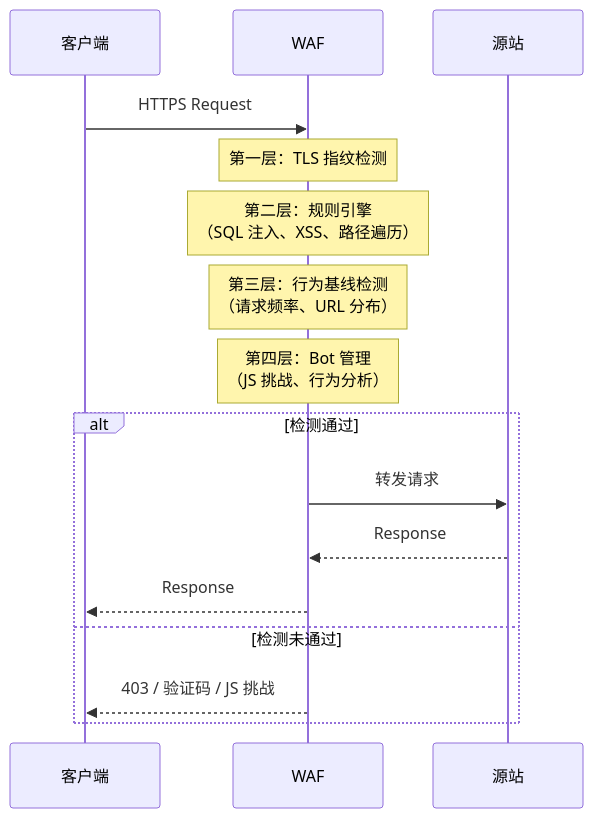
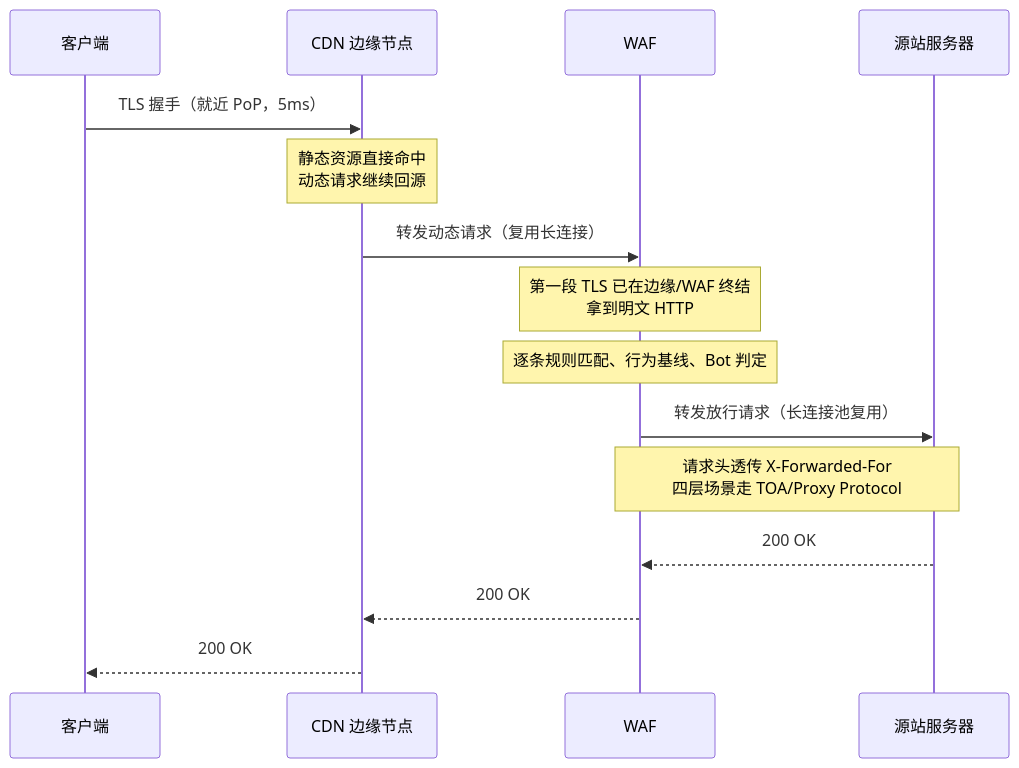
The second of 4 diagrams in docs/27.伪装成正常请求的攻击WAF与应用层防护.md (caozhiyi/network-book), drawn with Mermaid before and after one commit. The commit also changed other lines of this file and 36 other files, not shown here.

````diff
--- a/docs/27.伪装成正常请求的攻击WAF与应用层防护.md
+++ b/docs/27.伪装成正常请求的攻击WAF与应用层防护.md
@@ -161,20 +53,20 @@
 ```mermaid
 sequenceDiagram
-    participant Client as 客户端
-    participant WAF as WAF
-    participant Backend as 源站
+    participant 客户端 as 客户端
+    participant 边缘 as CDN 边缘节点
+    participant 应用防火墙 as WAF
+    participant 源站 as 源站服务器
 
-    Client->>WAF: HTTPS Request
-    Note over WAF: 第一层：TLS 指纹检测
-    Note over WAF: 第二层：规则引擎<br/>（SQL 注入、XSS、路径遍历）
-    Note over WAF: 第三层：行为基线检测<br/>（请求频率、URL 分布）
-    Note over WAF: 第四层：Bot 管理<br/>（JS 挑战、行为分析）
-    
-    alt 检测通过
-        WAF->>Backend: 转发请求
-        Backend-->>WAF: Response
-        WAF-->>Client: Response
-    else 检测未通过
-        WAF-->>Client: 403 / 验证码 / JS 挑战
-    end
+    客户端->>边缘: TLS 握手（就近 PoP，5ms）
+    Note over 边缘: 静态资源直接命中<br/>动态请求继续回源
+
+    边缘->>应用防火墙: 转发动态请求（复用长连接）
+    Note over 应用防火墙: 第一段 TLS 已在边缘/WAF 终结<br/>拿到明文 HTTP
+    Note over 应用防火墙: 逐条规则匹配、行为基线、Bot 判定
+
+    应用防火墙->>源站: 转发放行请求（长连接池复用）
+    Note over 应用防火墙,源站: 请求头透传 X-Forwarded-For<br/>四层场景走 TOA/Proxy Protocol
+    源站-->>应用防火墙: 200 OK
+    应用防火墙-->>边缘: 200 OK
+    边缘-->>客户端: 200 OK
 ```
````
